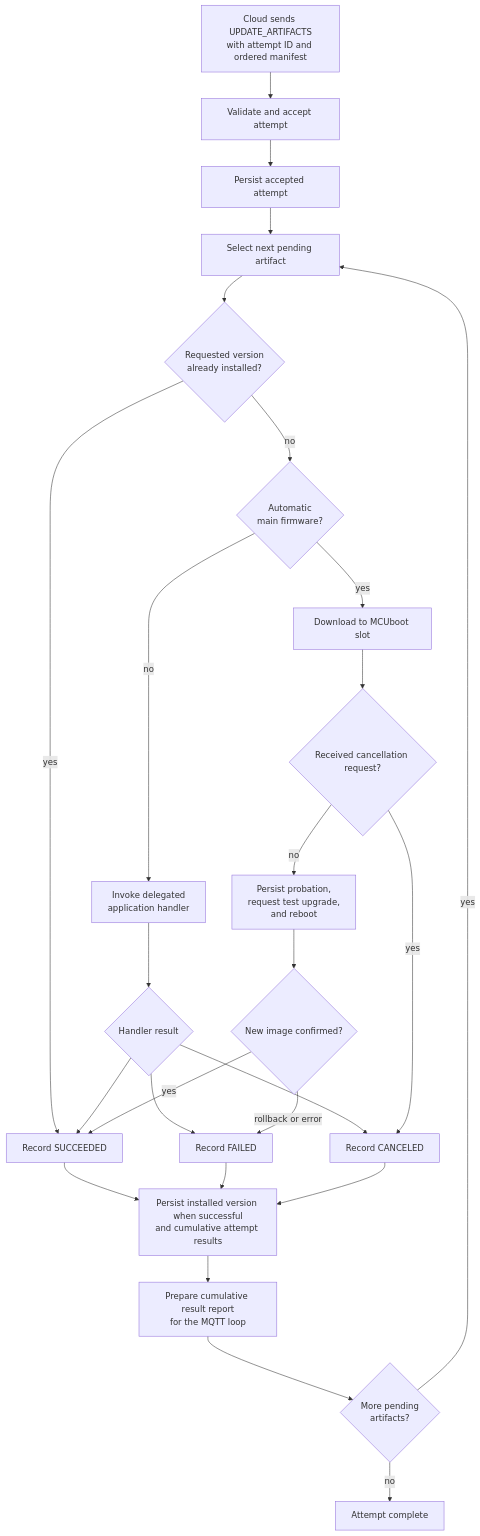
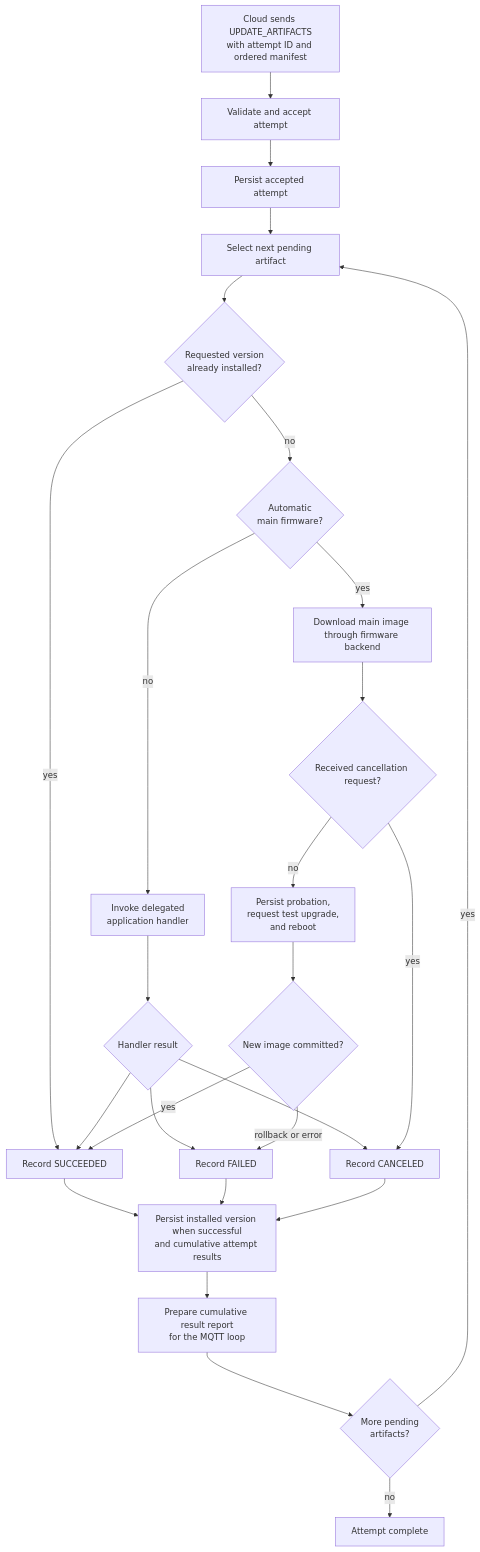
Before and after one commit to spotflow-io/device-sdk: the first of 11 diagrams in zephyr/docs/ota.md, drawn with Mermaid. The commit also changed other lines of this file and 28 other files, not shown here.

````diff
--- a/zephyr/docs/ota.md
+++ b/zephyr/docs/ota.md
@@ -72,38 +73,38 @@
 ```mermaid
 flowchart TD
     cloud["Cloud sends UPDATE_ARTIFACTS<br/>with attempt ID and ordered manifest"]
     accept["Validate and accept attempt"]
     persistAttempt["Persist accepted attempt"]
     next["Select next pending artifact"]
     installed{"Requested version<br/>already installed?"}
     kind{"Automatic<br/>main firmware?"}
     delegated["Invoke delegated<br/>application handler"]
     delegatedResult{"Handler result"}
-    main["Download to MCUboot slot"]
+    main["Download main image through firmware backend"]
     isCanceled{"Received cancellation request?"}
     reboot["Persist probation,<br/>request test upgrade,<br/>and reboot"]
-    resolve{"New image confirmed?"}
+    resolve{"New image committed?"}
     succeeded["Record SUCCEEDED"]
     failed["Record FAILED"]
     canceled["Record CANCELED"]
     persistResult["Persist installed version when successful<br/>and cumulative attempt results"]
     report["Prepare cumulative result report<br/>for the MQTT loop"]
     more{"More pending<br/>artifacts?"}
 
     cloud --> accept --> persistAttempt --> next
     next --> installed
     installed -- yes --> succeeded
     installed -- no --> kind
     kind -- no --> delegated --> delegatedResult
     delegatedResult --> succeeded
     delegatedResult --> failed
     delegatedResult --> canceled
     succeeded & failed & canceled --> persistResult
     kind -- yes --> main --> isCanceled -- no --> reboot --> resolve
     isCanceled -- yes --> canceled
     resolve -- yes --> succeeded
     resolve -- rollback or error --> failed
     persistResult --> report --> more
     more -- yes --> next
     more -- no --> done["Attempt complete"]
 ```
````
